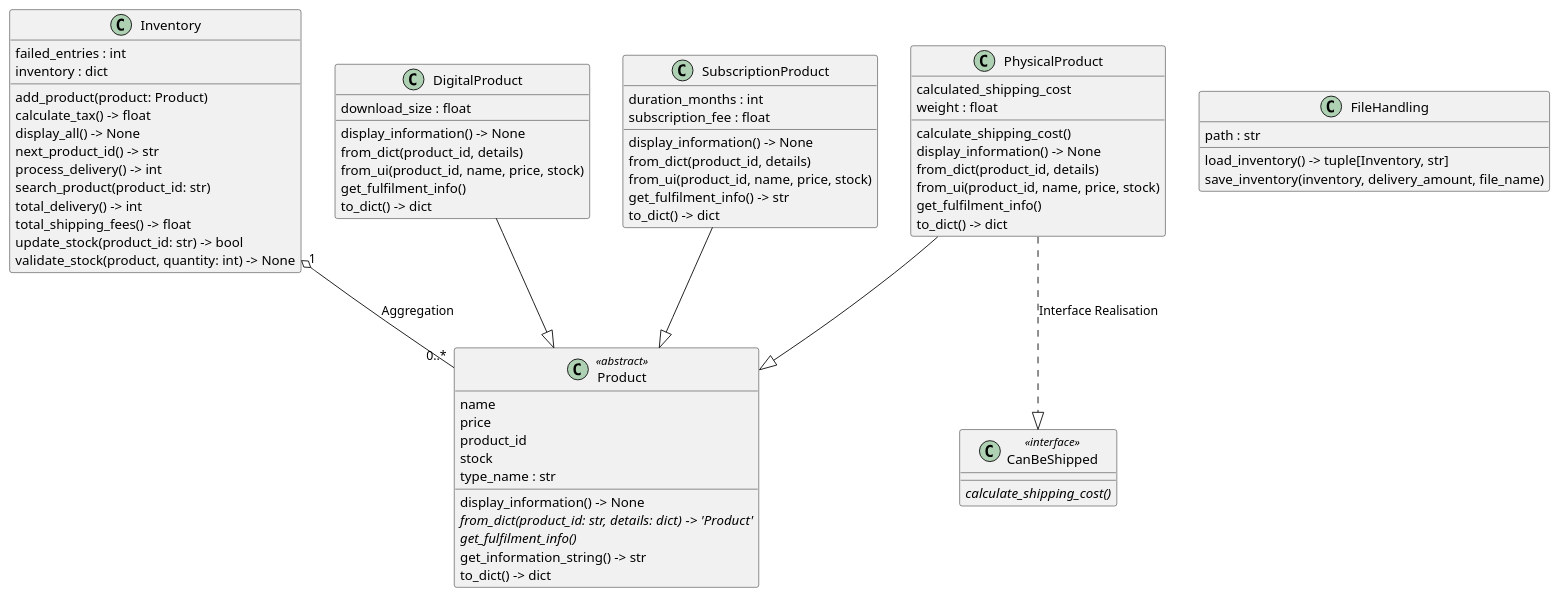
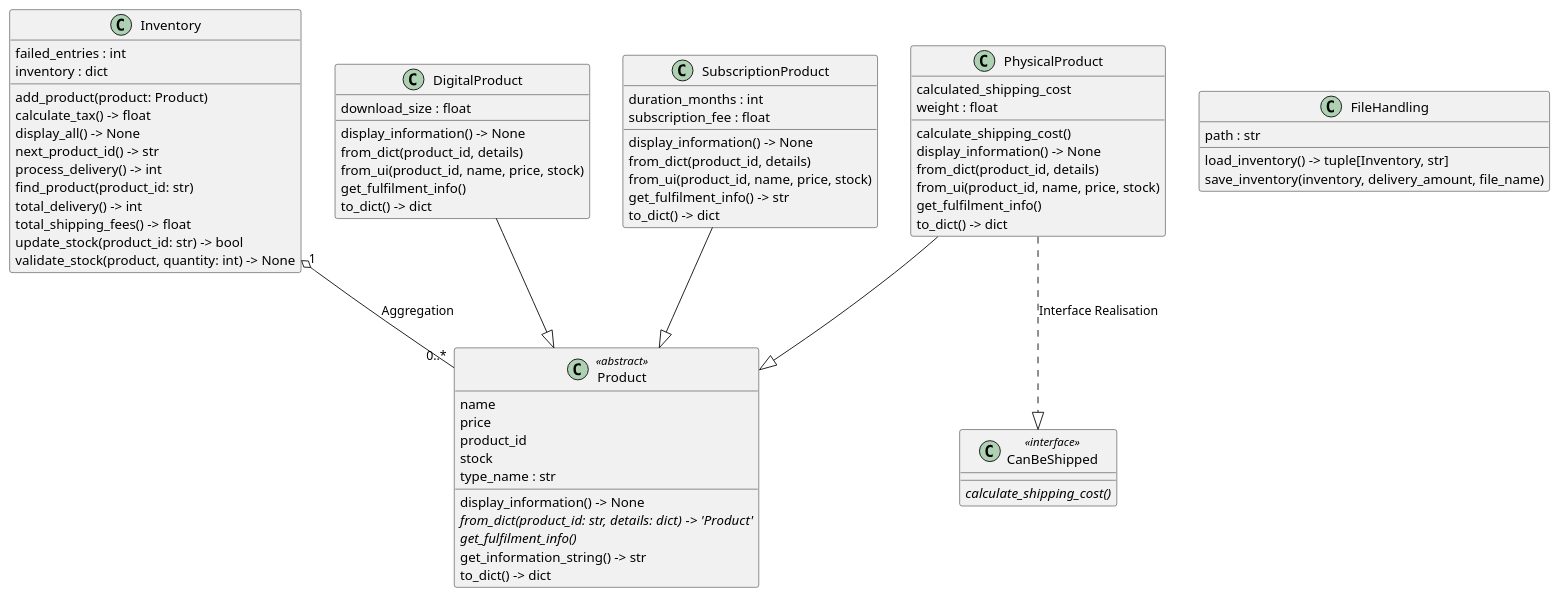
Before and after one commit to SYnthestic/INF1103lab2: the diagram in OOP_Lab/classes_IMS.puml, drawn with PlantUML. The commit also changed 5 other files, not shown here.

Commit message:
Changed search_product to find_product to conform to the lab content

```diff
--- a/OOP_Lab/classes_IMS.puml
+++ b/OOP_Lab/classes_IMS.puml
@@ -1,80 +1,80 @@
 @startuml classes_IMS
 set namespaceSeparator none
 
 class "Product" as product.Product <<abstract>> {
   name
   price
   product_id
   stock
   type_name : str
   display_information() -> None
   {abstract}from_dict(product_id: str, details: dict) -> 'Product'
   {abstract}get_fulfilment_info()
   get_information_string() -> str
   to_dict() -> dict
 }
 
 class "CanBeShipped" as canbeshipped.CanBeShipped <<interface>> {
   {abstract}calculate_shipping_cost()
 }
 
 class "DigitalProduct" as products.digitalproduct.DigitalProduct {
   download_size : float
   display_information() -> None
   from_dict(product_id, details)
   from_ui(product_id, name, price, stock)
   get_fulfilment_info()
   to_dict() -> dict
 }
 
 class "FileHandling" as filehandling.FileHandling {
   path : str
   load_inventory() -> tuple[Inventory, str]
   save_inventory(inventory, delivery_amount, file_name)
 }
 
 class "Inventory" as inventory.Inventory {
   failed_entries : int
   inventory : dict
   add_product(product: Product)
   calculate_tax() -> float
   display_all() -> None
   next_product_id() -> str
   process_delivery() -> int
-  search_product(product_id: str)
+  find_product(product_id: str)
   total_delivery() -> int
   total_shipping_fees() -> float
   update_stock(product_id: str) -> bool
   validate_stock(product, quantity: int) -> None
 }
 
 class "PhysicalProduct" as products.physicalproduct.PhysicalProduct {
   calculated_shipping_cost
   weight : float
   calculate_shipping_cost()
   display_information() -> None
   from_dict(product_id, details)
   from_ui(product_id, name, price, stock)
   get_fulfilment_info()
   to_dict() -> dict
 }
 
 class "SubscriptionProduct" as products.subscriptionproduct.SubscriptionProduct {
   duration_months : int
   subscription_fee : float
   display_information() -> None
   from_dict(product_id, details)
   from_ui(product_id, name, price, stock)
   get_fulfilment_info() -> str
   to_dict() -> dict
 }
 
 products.digitalproduct.DigitalProduct --|> product.Product
 products.subscriptionproduct.SubscriptionProduct --|> product.Product
 products.physicalproduct.PhysicalProduct --|> product.Product
 
 products.physicalproduct.PhysicalProduct ..|> canbeshipped.CanBeShipped : Interface Realisation
 
 inventory.Inventory "1" o-- "0..*" product.Product : Aggregation
 
 @enduml
```
